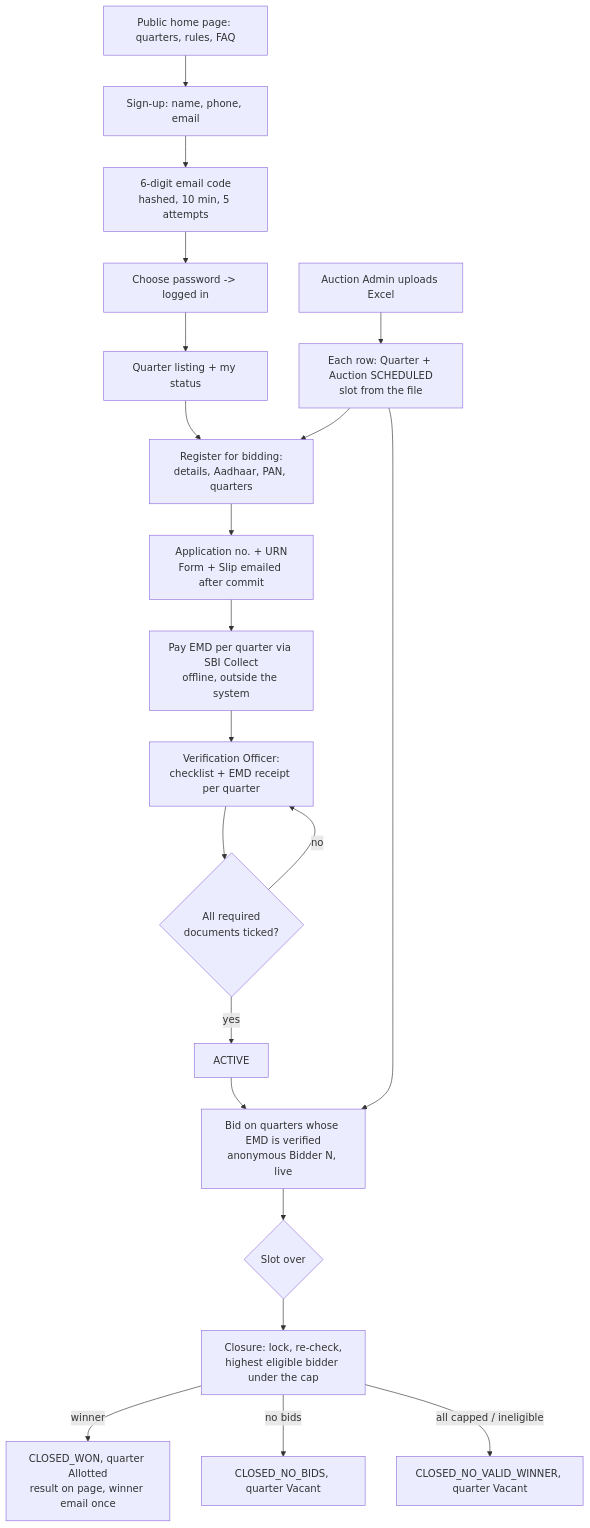
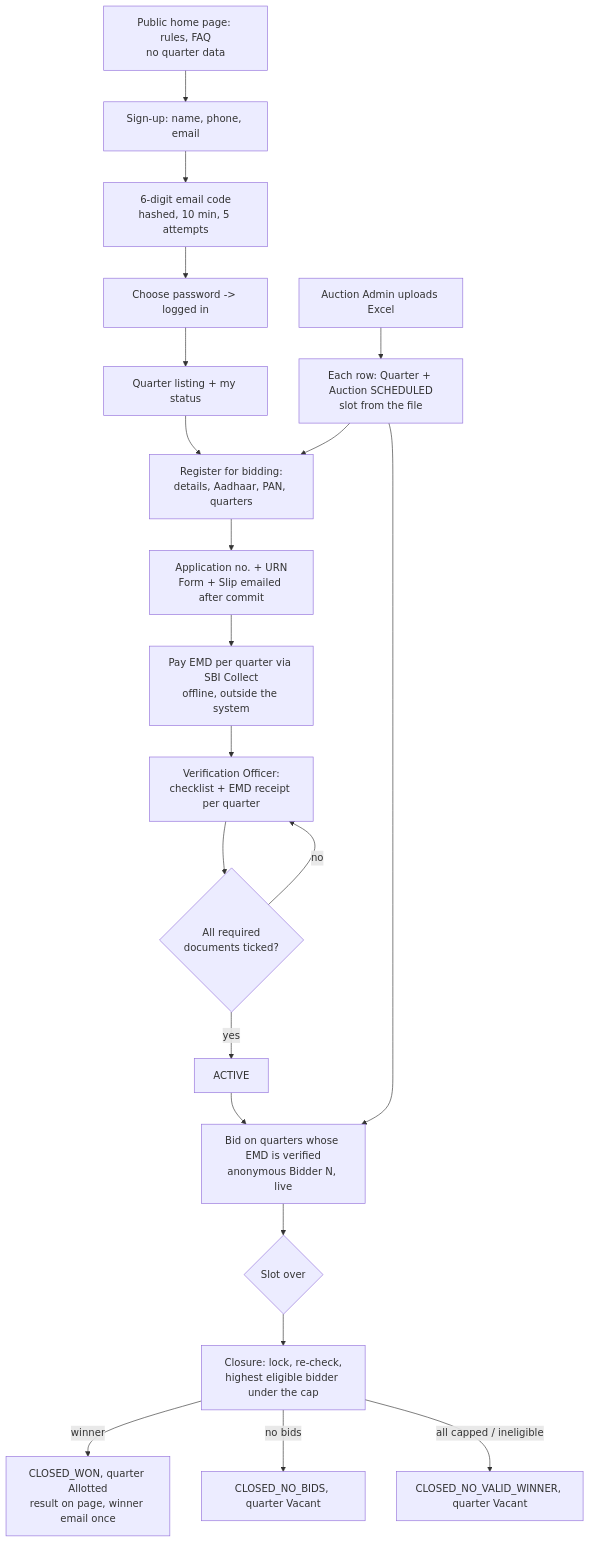
One commit to Ram-Pd/quarter-auction-system changed the third of 5 diagrams in docs/ARCHITECTURE.md. Above: the diagram before and after it, drawn with Mermaid. The commit also changed other lines of this file and 13 other files, not shown here.

````diff
--- a/docs/ARCHITECTURE.md
+++ b/docs/ARCHITECTURE.md
@@ -201,23 +201,23 @@
 ```mermaid
 flowchart TD
     X[Auction Admin uploads Excel] --> Y[Each row: Quarter + Auction SCHEDULED<br/>slot from the file]
-    H[Public home page: quarters, rules, FAQ] --> S1[Sign-up: name, phone, email]
+    H[Public home page: rules, FAQ<br/>no quarter data] --> S1[Sign-up: name, phone, email]
     S1 --> S2[6-digit email code<br/>hashed, 10 min, 5 attempts]
     S2 --> S3[Choose password -> logged in]
     S3 --> L[Quarter listing + my status]
     L --> R[Register for bidding:<br/>details, Aadhaar, PAN, quarters]
     Y --> R
     R --> E[Application no. + URN<br/>Form + Slip emailed after commit]
     E --> P[Pay EMD per quarter via SBI Collect<br/>offline, outside the system]
     P --> V[Verification Officer:<br/>checklist + EMD receipt per quarter]
     V --> AC{All required<br/>documents ticked?}
     AC -- no --> V
     AC -- yes --> ACT[ACTIVE]
     ACT --> B[Bid on quarters whose EMD is verified<br/>anonymous Bidder N, live]
     Y --> B
     B --> C{Slot over}
     C --> W[Closure: lock, re-check,<br/>highest eligible bidder under the cap]
     W -- winner --> WON[CLOSED_WON, quarter Allotted<br/>result on page, winner email once]
     W -- no bids --> NB[CLOSED_NO_BIDS, quarter Vacant]
     W -- all capped / ineligible --> NV[CLOSED_NO_VALID_WINNER, quarter Vacant]
 ```
````
